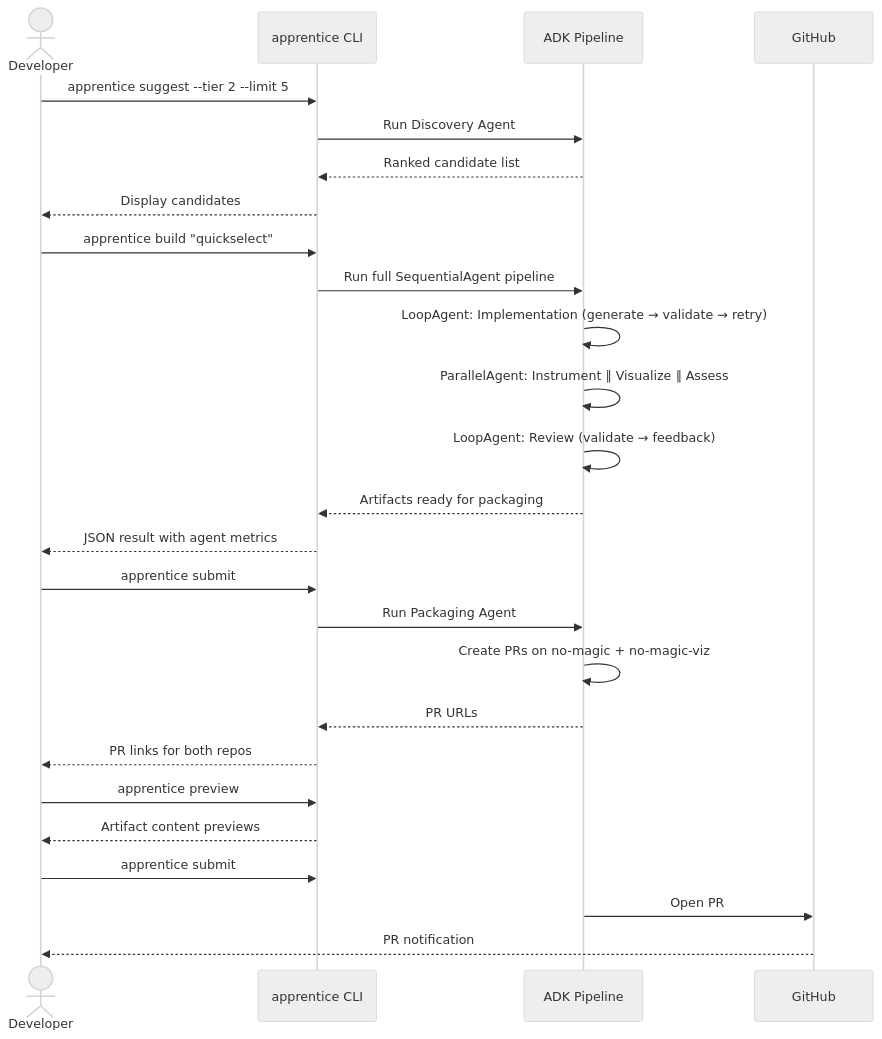
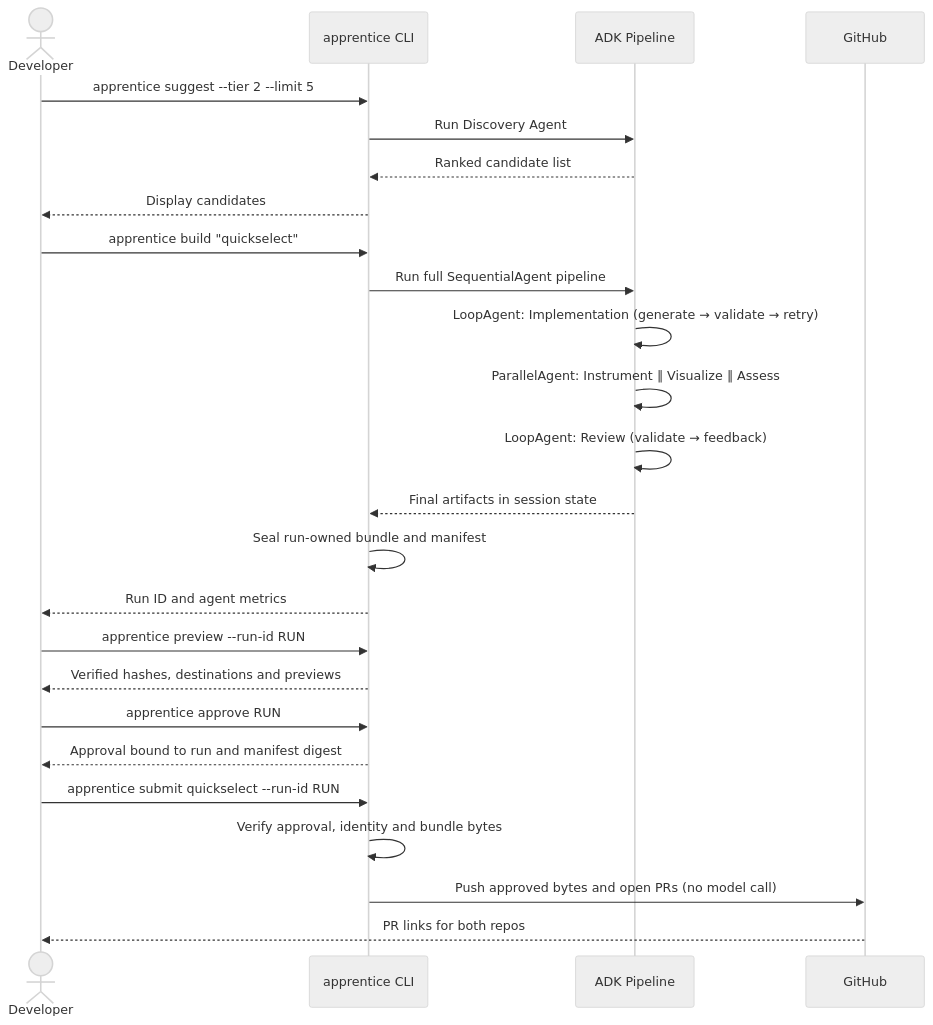
One commit to no-magic-ai/apprentice changed the sixth of 7 diagrams in docs/system-design.md. Above: the diagram before and after it, drawn with Mermaid (neutral theme). The commit also changed other lines of this file and 3 other files, not shown here.

First line of the commit message:
docs(submit): document deterministic approved-byte submission

````diff
--- a/docs/system-design.md
+++ b/docs/system-design.md
@@ -577,33 +547,32 @@
 ```mermaid
 sequenceDiagram
     actor Dev as Developer
     participant CLI as apprentice CLI
     participant ADK as ADK Pipeline
     participant GH as GitHub
 
     Dev->>CLI: apprentice suggest --tier 2 --limit 5
     CLI->>ADK: Run Discovery Agent
     ADK-->>CLI: Ranked candidate list
     CLI-->>Dev: Display candidates
 
     Dev->>CLI: apprentice build "quickselect"
     CLI->>ADK: Run full SequentialAgent pipeline
     ADK->>ADK: LoopAgent: Implementation (generate → validate → retry)
     ADK->>ADK: ParallelAgent: Instrument ∥ Visualize ∥ Assess
     ADK->>ADK: LoopAgent: Review (validate → feedback)
-    ADK-->>CLI: Artifacts ready for packaging
-    CLI-->>Dev: JSON result with agent metrics
+    ADK-->>CLI: Final artifacts in session state
+    CLI->>CLI: Seal run-owned bundle and manifest
+    CLI-->>Dev: Run ID and agent metrics
 
-    Dev->>CLI: apprentice submit
-    CLI->>ADK: Run Packaging Agent
-    ADK->>ADK: Create PRs on no-magic + no-magic-viz
-    ADK-->>CLI: PR URLs
-    CLI-->>Dev: PR links for both repos
+    Dev->>CLI: apprentice preview --run-id RUN
+    CLI-->>Dev: Verified hashes, destinations and previews
 
-    Dev->>CLI: apprentice preview
-    CLI-->>Dev: Artifact content previews
+    Dev->>CLI: apprentice approve RUN
+    CLI-->>Dev: Approval bound to run and manifest digest
 
-    Dev->>CLI: apprentice submit
-    ADK->>GH: Open PR
-    GH-->>Dev: PR notification
+    Dev->>CLI: apprentice submit quickselect --run-id RUN
+    CLI->>CLI: Verify approval, identity and bundle bytes
+    CLI->>GH: Push approved bytes and open PRs (no model call)
+    GH-->>Dev: PR links for both repos
 ```
````
